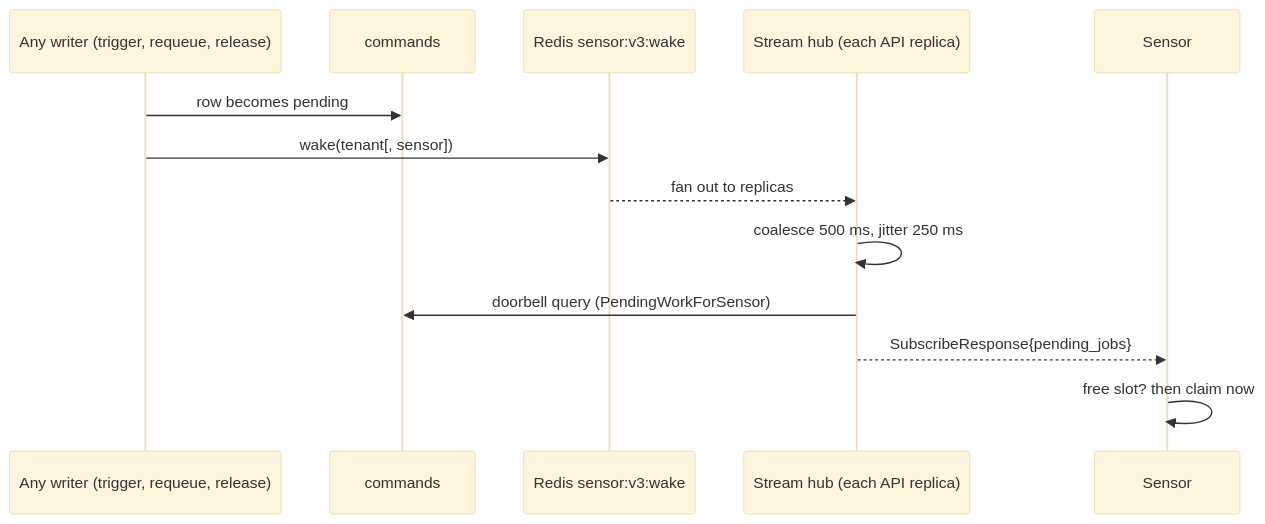
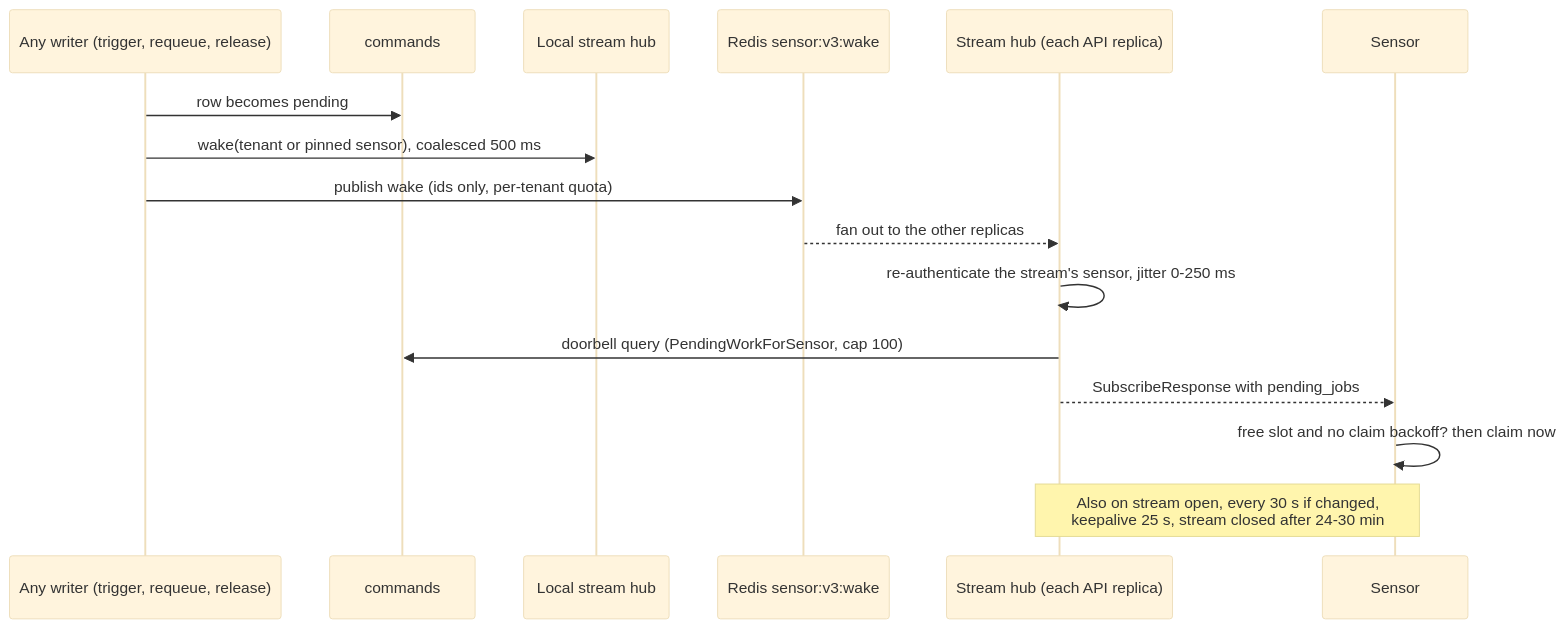
One commit to openctemio/openctem changed the fourth of 10 diagrams in api/docs/architecture/job-dispatch.md. Above: the diagram before and after it, drawn with Mermaid (base theme). The commit also changed other lines of this file and 11 other files, not shown here.

First line of the commit message:
docs(architecture): verified flow diagrams for scans, dispatch and ingest

````diff
--- a/api/docs/architecture/job-dispatch.md
+++ b/api/docs/architecture/job-dispatch.md
@@ -245,15 +269,18 @@
 ```mermaid
 sequenceDiagram
   participant TX as Any writer (trigger, requeue, release)
   participant DB as commands
+  participant L as Local stream hub
   participant R as Redis sensor:v3:wake
   participant H as Stream hub (each API replica)
   participant S as Sensor
   TX->>DB: row becomes pending
-  TX->>R: wake(tenant[, sensor])
-  R-->>H: fan out to replicas
-  H->>H: coalesce 500 ms, jitter 250 ms
-  H->>DB: doorbell query (PendingWorkForSensor)
-  H-->>S: SubscribeResponse{pending_jobs}
-  S->>S: free slot? then claim now
+  TX->>L: wake(tenant or pinned sensor), coalesced 500 ms
+  TX->>R: publish wake (ids only, per-tenant quota)
+  R-->>H: fan out to the other replicas
+  H->>H: re-authenticate the stream's sensor, jitter 0-250 ms
+  H->>DB: doorbell query (PendingWorkForSensor, cap 100)
+  H-->>S: SubscribeResponse with pending_jobs
+  S->>S: free slot and no claim backoff? then claim now
+  Note over H,S: Also on stream open, every 30 s if changed,<br/>keepalive 25 s, stream closed after 24-30 min
 ```
````
